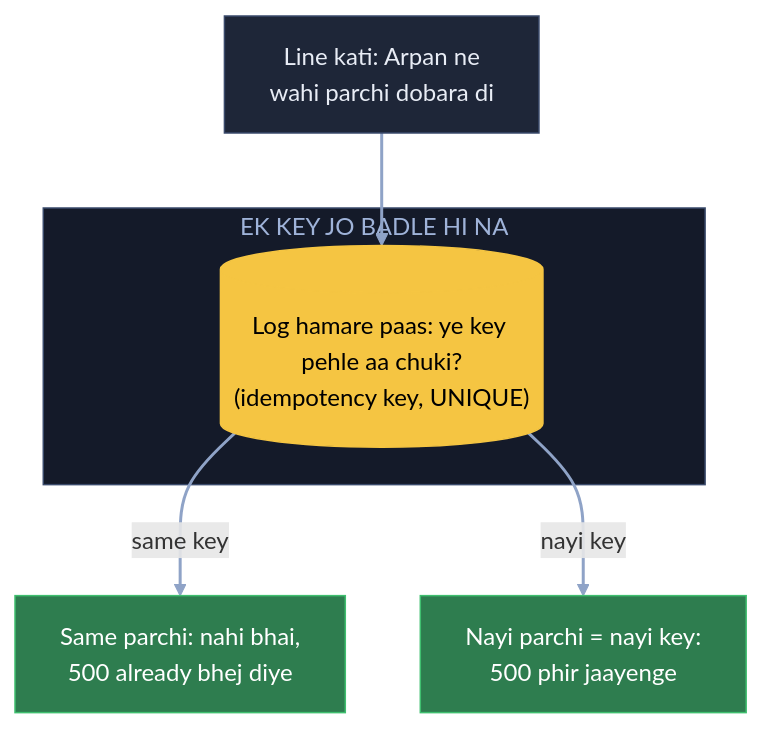
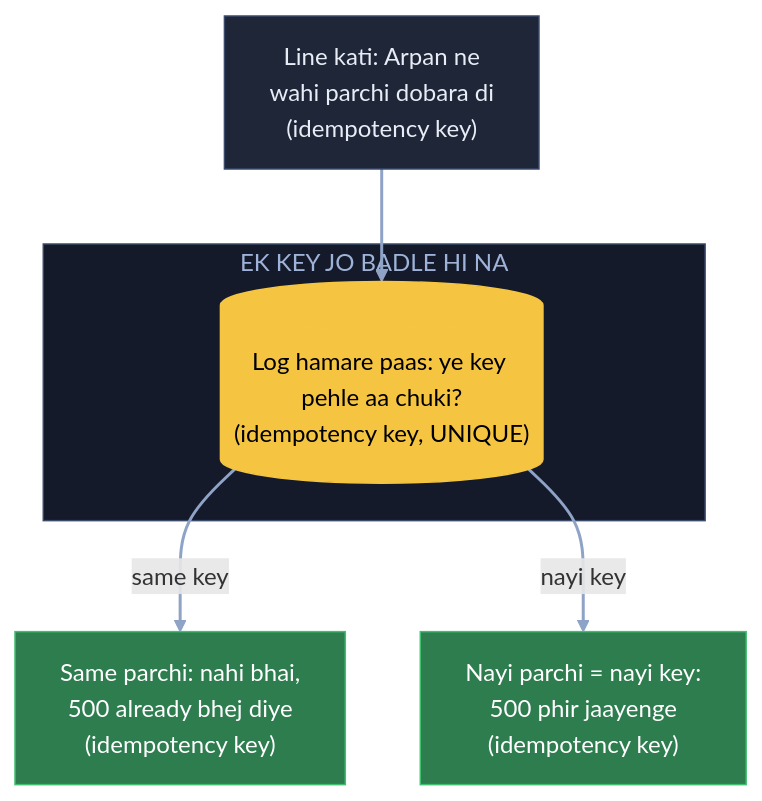
The second of 22 diagrams in 04_HLD/SYSTEM_DESIGNS/13_banking_system/13_banking_system.md (ArpanMaheshwari144/Prep), drawn with Mermaid before and after one commit. The commit also changed other lines of this file and 22 other files, not shown here.

Commit message:
Diagram: sirf kahani ke dohraaye shabd pe bracket, us jagah notes wala matlab (207 label)

````diff
--- a/04_HLD/SYSTEM_DESIGNS/13_banking_system/13_banking_system.md
+++ b/04_HLD/SYSTEM_DESIGNS/13_banking_system/13_banking_system.md
@@ -122,18 +122,18 @@
 ```mermaid
 flowchart TB
-    A["Line kati: Arpan ne<br/>wahi parchi dobara di"]:::card
+    A["Line kati: Arpan ne<br/>wahi parchi dobara di<br/>(idempotency key)"]:::card
     subgraph KY["EK KEY JO BADLE HI NA"]
         K[("Log hamare paas: ye key pehle aa chuki?<br/>(idempotency key, UNIQUE)")]:::pill
     end
-    X["Same parchi: nahi bhai,<br/>500 already bhej diye"]:::good
-    N["Nayi parchi = nayi key:<br/>500 phir jaayenge"]:::good
+    X["Same parchi: nahi bhai,<br/>500 already bhej diye<br/>(idempotency key)"]:::good
+    N["Nayi parchi = nayi key:<br/>500 phir jaayenge<br/>(idempotency key)"]:::good
     A --> K
     K -- "same key" --> X
     K -- "nayi key" --> N
     linkStyle default stroke:#8fa3c7,stroke-width:2px
     classDef card fill:#1e2638,stroke:#3a4a6b,color:#e8ecf5
     classDef pill fill:#f5c542,stroke:#f5c542,color:#000
     classDef good fill:#2e7d4f,stroke:#3fbf6f,color:#fff
     classDef bad fill:#5c1f24,stroke:#e05561,color:#fff
     style KY fill:#141a29,stroke:#3a4a6b,color:#9fb3d9
 ```
````
